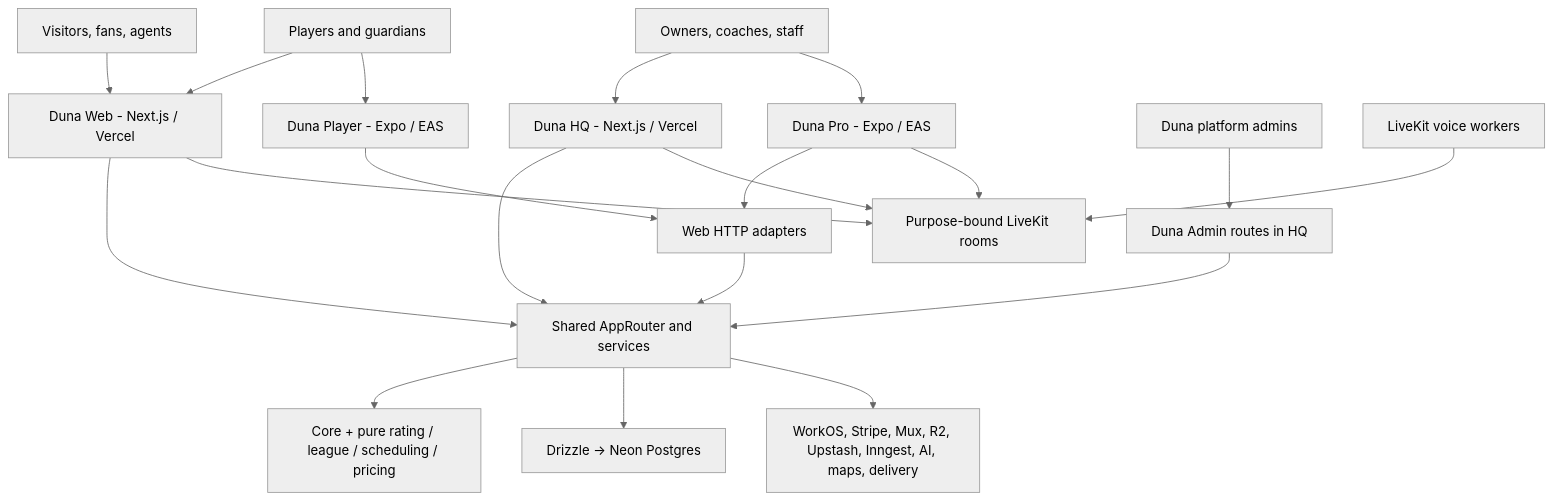
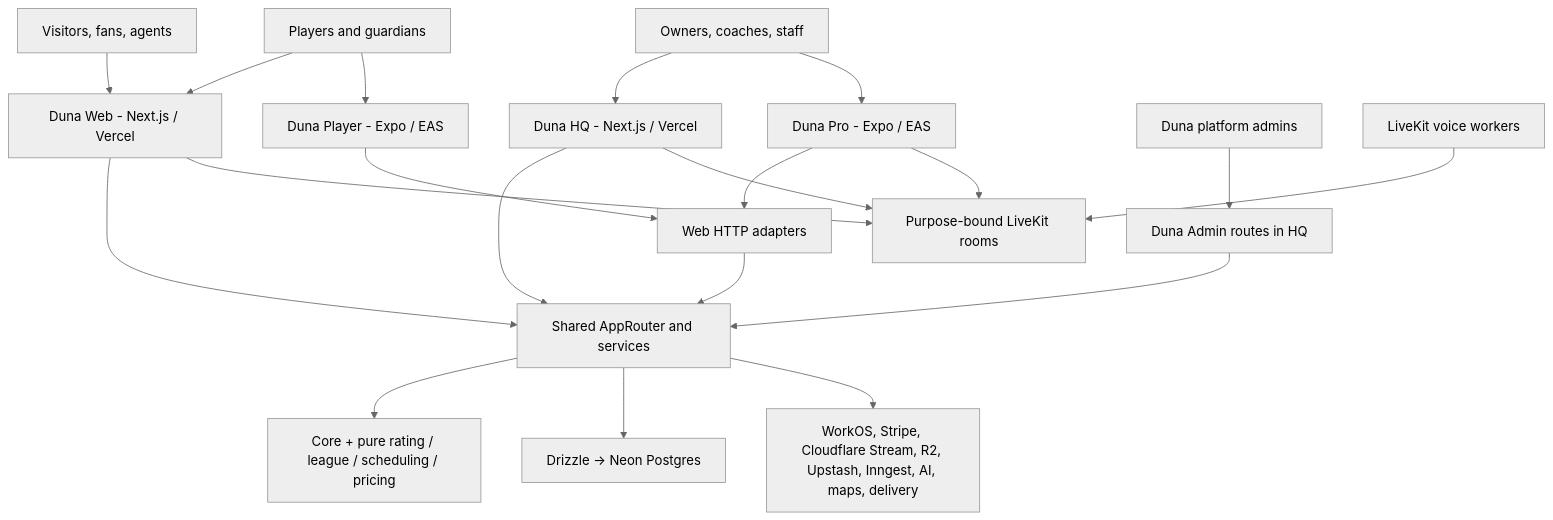
One commit to journeyrewardsjohn/duna changed the diagram in docs/ARCHITECTURE.md. Above: the diagram before and after it, drawn with Mermaid (neutral theme). The commit also changed other lines of this file and 45 other files, not shown here.

First line of the commit message:
Remove Mux: Cloudflare Stream and R2 are the only video providers

````diff
--- a/docs/ARCHITECTURE.md
+++ b/docs/ARCHITECTURE.md
@@ -15,24 +15,24 @@
 ```mermaid
 flowchart TB
   Public["Visitors, fans, agents"] --> Web["Duna Web - Next.js / Vercel"]
   Players["Players and guardians"] --> Web
   Players --> Player["Duna Player - Expo / EAS"]
   Operators["Owners, coaches, staff"] --> HQ["Duna HQ - Next.js / Vercel"]
   Operators --> Pro["Duna Pro - Expo / EAS"]
   Admins["Duna platform admins"] --> Admin["Duna Admin routes in HQ"]
 
   Web --> Router["Shared AppRouter and services"]
   HQ --> Router
   Admin --> Router
   Player --> WebAPI["Web HTTP adapters"]
   Pro --> WebAPI
   WebAPI --> Router
   Voice["LiveKit voice workers"] --> LiveKit["Purpose-bound LiveKit rooms"]
   Web --> LiveKit
   HQ --> LiveKit
   Pro --> LiveKit
 
   Router --> Domain["Core + pure rating / league / scheduling / pricing"]
   Router --> DB["Drizzle -> Neon Postgres"]
-  Router --> Providers["WorkOS, Stripe, Mux, R2, Upstash, Inngest, AI, maps, delivery"]
+  Router --> Providers["WorkOS, Stripe, Cloudflare Stream, R2, Upstash, Inngest, AI, maps, delivery"]
 ```
````
